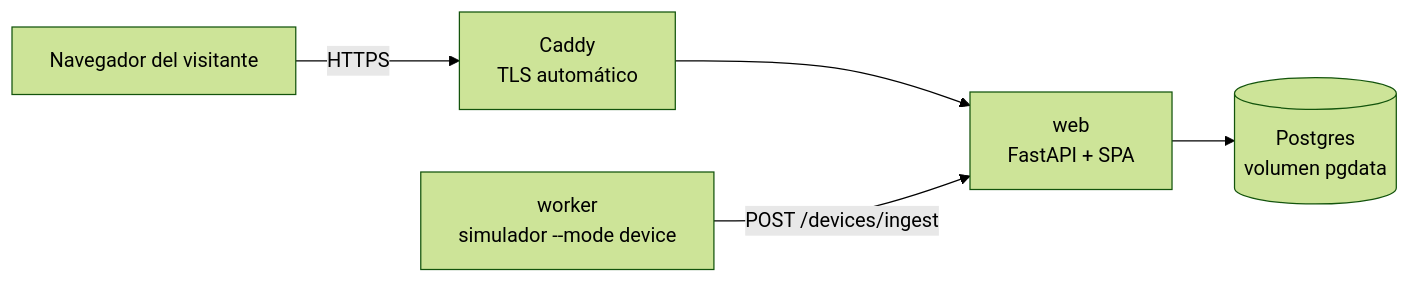
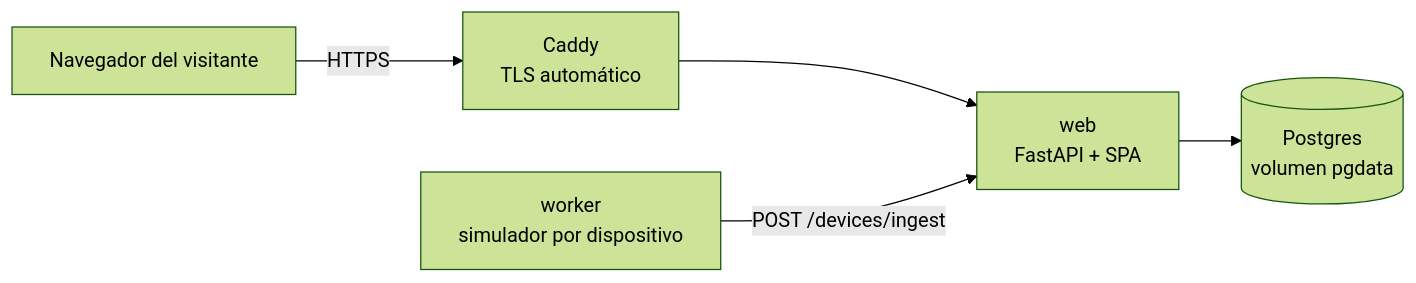
Before and after one commit to octa-afk/IterTrack: the diagram in docs/DEPLOYMENT.md, drawn with Mermaid (forest theme). The commit also changed 4 other files, not shown here.

Commit message:
docs: la telemetría es solo por dispositivo

````diff
--- a/docs/DEPLOYMENT.md
+++ b/docs/DEPLOYMENT.md
@@ -9,7 +9,7 @@
 ```mermaid
 flowchart LR
     B["Navegador del visitante"] -->|HTTPS| C["Caddy<br/>TLS automático"]
     C --> W["web<br/>FastAPI + SPA"]
     W --> P[("Postgres<br/>volumen pgdata")]
-    K["worker<br/>simulador --mode device"] -->|POST /devices/ingest| W
+    K["worker<br/>simulador por dispositivo"] -->|POST /devices/ingest| W
 ```
````
